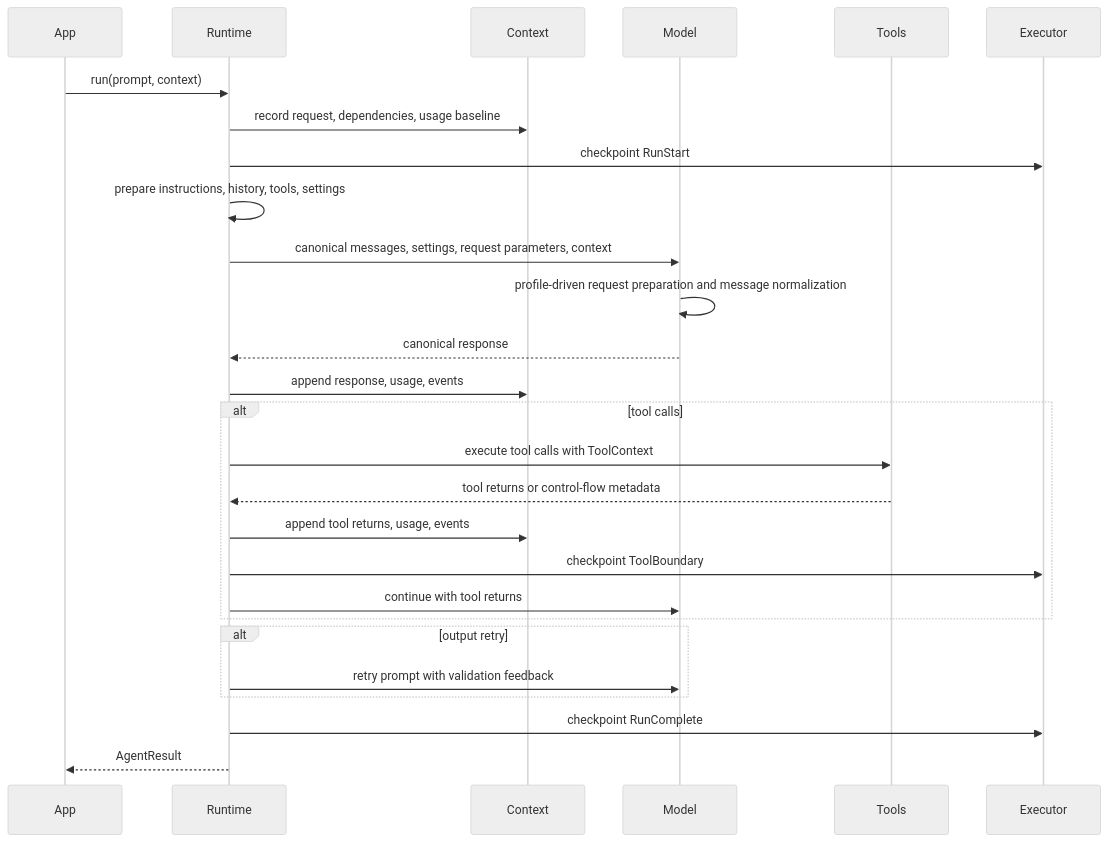
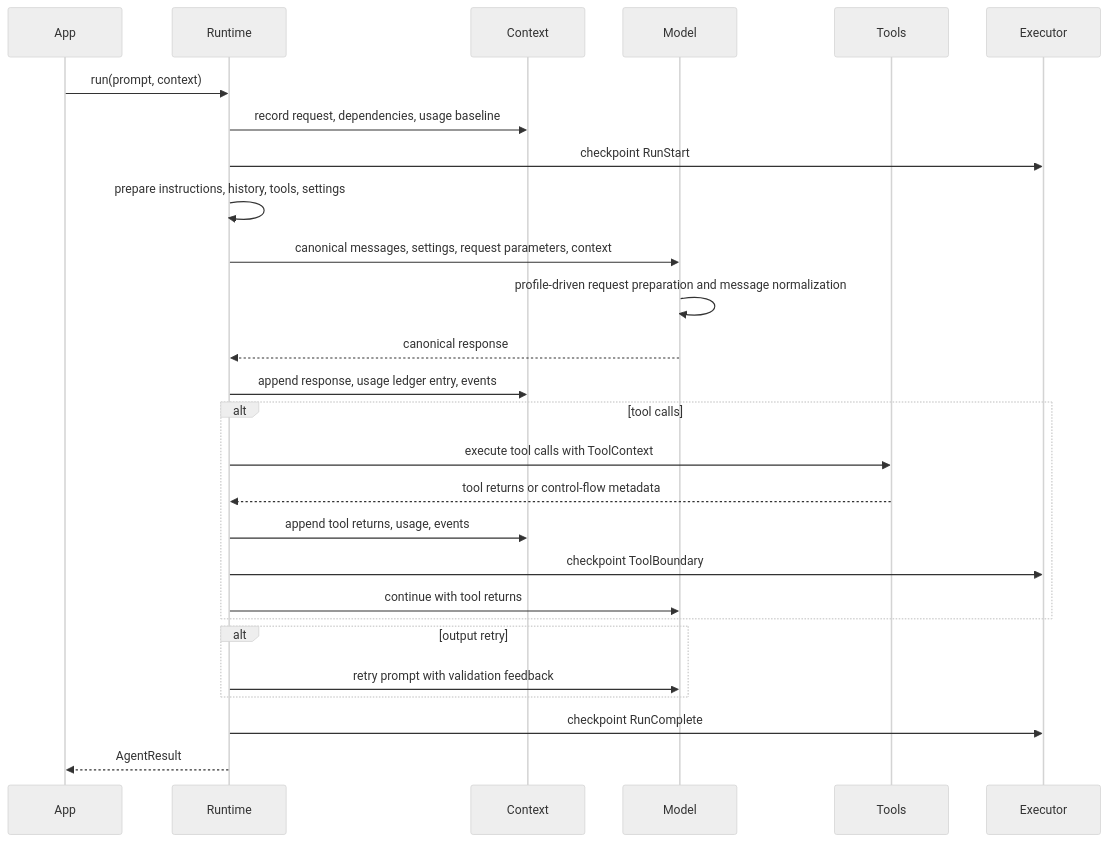
The second of 2 diagrams in spec/core/README.md (Wh1isper/starweaver), drawn with Mermaid (neutral theme) before and after one commit. The commit also changed other lines of this file and 109 other files, not shown here.

````diff
--- a/spec/core/README.md
+++ b/spec/core/README.md
@@ -56,30 +62,30 @@
 ```mermaid
 sequenceDiagram
     participant App
     participant Runtime
     participant Context
     participant Model
     participant Tools
     participant Executor
 
     App->>Runtime: run(prompt, context)
     Runtime->>Context: record request, dependencies, usage baseline
     Runtime->>Executor: checkpoint RunStart
     Runtime->>Runtime: prepare instructions, history, tools, settings
     Runtime->>Model: canonical messages, settings, request parameters, context
     Model->>Model: profile-driven request preparation and message normalization
     Model-->>Runtime: canonical response
-    Runtime->>Context: append response, usage, events
+    Runtime->>Context: append response, usage ledger entry, events
     alt tool calls
         Runtime->>Tools: execute tool calls with ToolContext
         Tools-->>Runtime: tool returns or control-flow metadata
         Runtime->>Context: append tool returns, usage, events
         Runtime->>Executor: checkpoint ToolBoundary
         Runtime->>Model: continue with tool returns
     end
     alt output retry
         Runtime->>Model: retry prompt with validation feedback
     end
     Runtime->>Executor: checkpoint RunComplete
     Runtime-->>App: AgentResult
 ```
````
